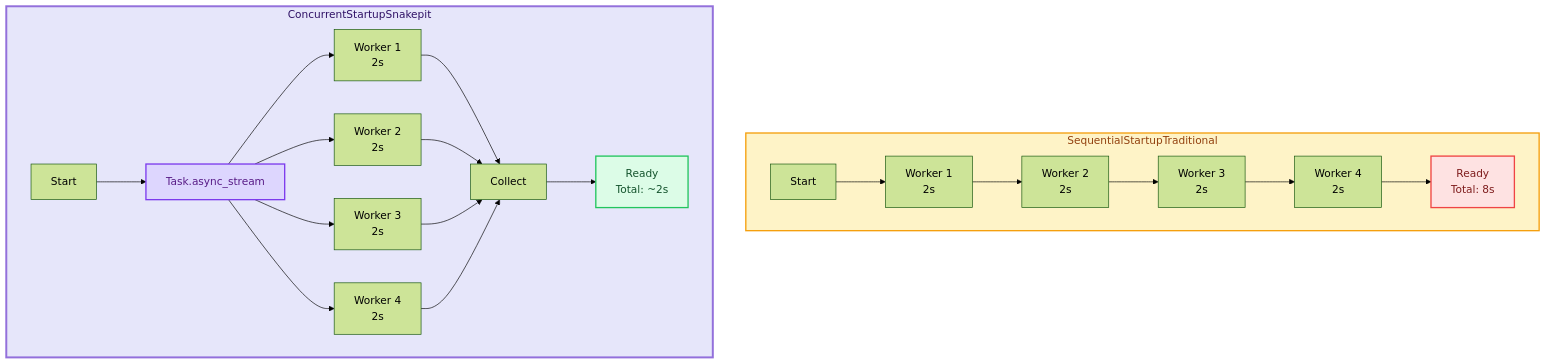
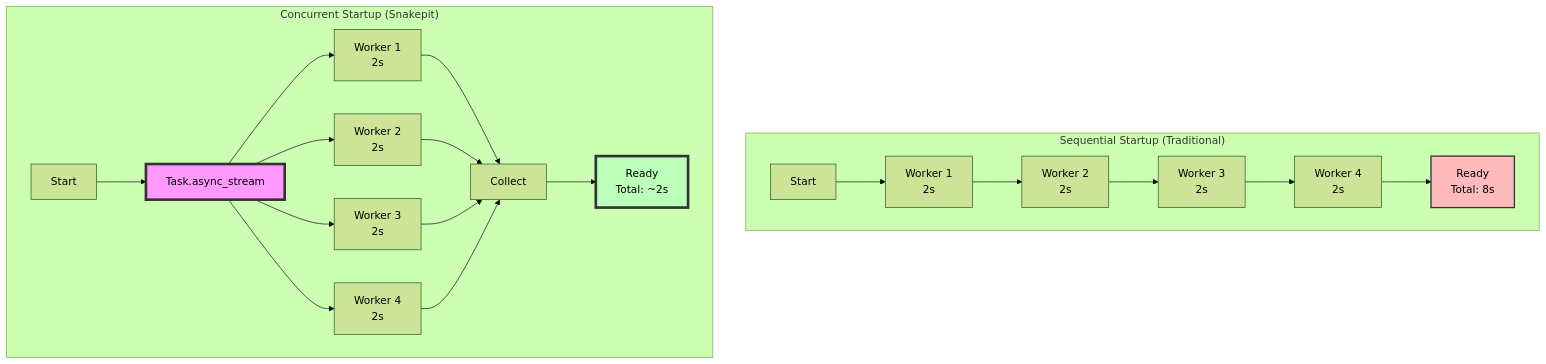
The fifth of 7 diagrams in DIAGS.md (nshkrdotcom/snakepit), drawn with Mermaid (forest theme) before and after one commit. The commit also changed other lines of this file and 8 other files, not shown here.

````diff
--- a/DIAGS.md
+++ b/DIAGS.md
@@ -223,33 +207,29 @@
 ```mermaid
 graph TD
-    SequentialStartupTraditional["Sequential Startup Traditional"]
-    subgraph SequentialStartupTraditional
-        T0["Start"] --> W1S["Worker 1<br/>2s"]
-        W1S --> W2S["Worker 2<br/>2s"]
-        W2S --> W3S["Worker 3<br/>2s"]
-        W3S --> W4S["Worker 4<br/>2s"]
-        W4S --> DoneS["Ready<br/>Total: 8s"]
+    subgraph "Sequential Startup (Traditional)"
+        T0[Start] --> W1S[Worker 1<br/>2s]
+        W1S --> W2S[Worker 2<br/>2s]
+        W2S --> W3S[Worker 3<br/>2s]
+        W3S --> W4S[Worker 4<br/>2s]
+        W4S --> DoneS[Ready<br/>Total: 8s]
     end
     
-    ConcurrentStartupSnakepit["Concurrent Startup Snakepit"]
-    subgraph ConcurrentStartupSnakepit
-        T0C["Start"] --> Init["Task.async_stream"]
-        Init --> W1C["Worker 1<br/>2s"]
-        Init --> W2C["Worker 2<br/>2s"]
-        Init --> W3C["Worker 3<br/>2s"]
-        Init --> W4C["Worker 4<br/>2s"]
+    subgraph "Concurrent Startup (Snakepit)"
+        T0C[Start] --> Init[Task.async_stream]
+        Init --> W1C[Worker 1<br/>2s]
+        Init --> W2C[Worker 2<br/>2s]
+        Init --> W3C[Worker 3<br/>2s]
+        Init --> W4C[Worker 4<br/>2s]
         
         W1C --> Collect
         W2C --> Collect
         W3C --> Collect
         W4C --> Collect
         
-        Collect --> DoneC["Ready<br/>Total: ~2s"]
+        Collect --> DoneC[Ready<br/>Total: ~2s]
     end
     
-    style SequentialStartupTraditional fill:#fef3c7,stroke:#f59e0b,stroke-width:2px,color:#92400e
-    style ConcurrentStartupSnakepit fill:#e6e6fa,stroke:#9370db,stroke-width:3px,color:#2e1065
-    style Init fill:#ddd6fe,stroke:#7c3aed,stroke-width:2px,color:#581c87
-    style DoneC fill:#dcfce7,stroke:#22c55e,stroke-width:2px,color:#14532d
-    style DoneS fill:#fee2e2,stroke:#ef4444,stroke-width:2px,color:#7f1d1d
+    style Init fill:#f9f,stroke:#333,stroke-width:4px
+    style DoneC fill:#bfb,stroke:#333,stroke-width:4px
+    style DoneS fill:#fbb,stroke:#333,stroke-width:2px
 ```
````
